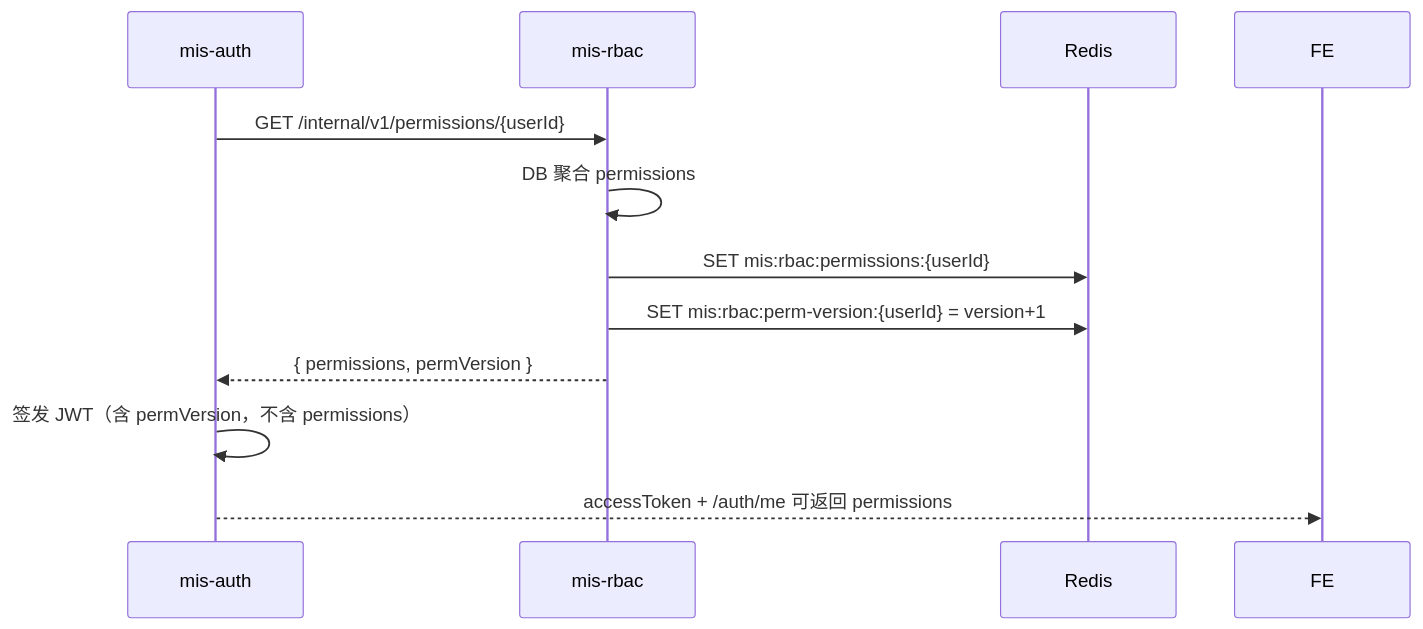
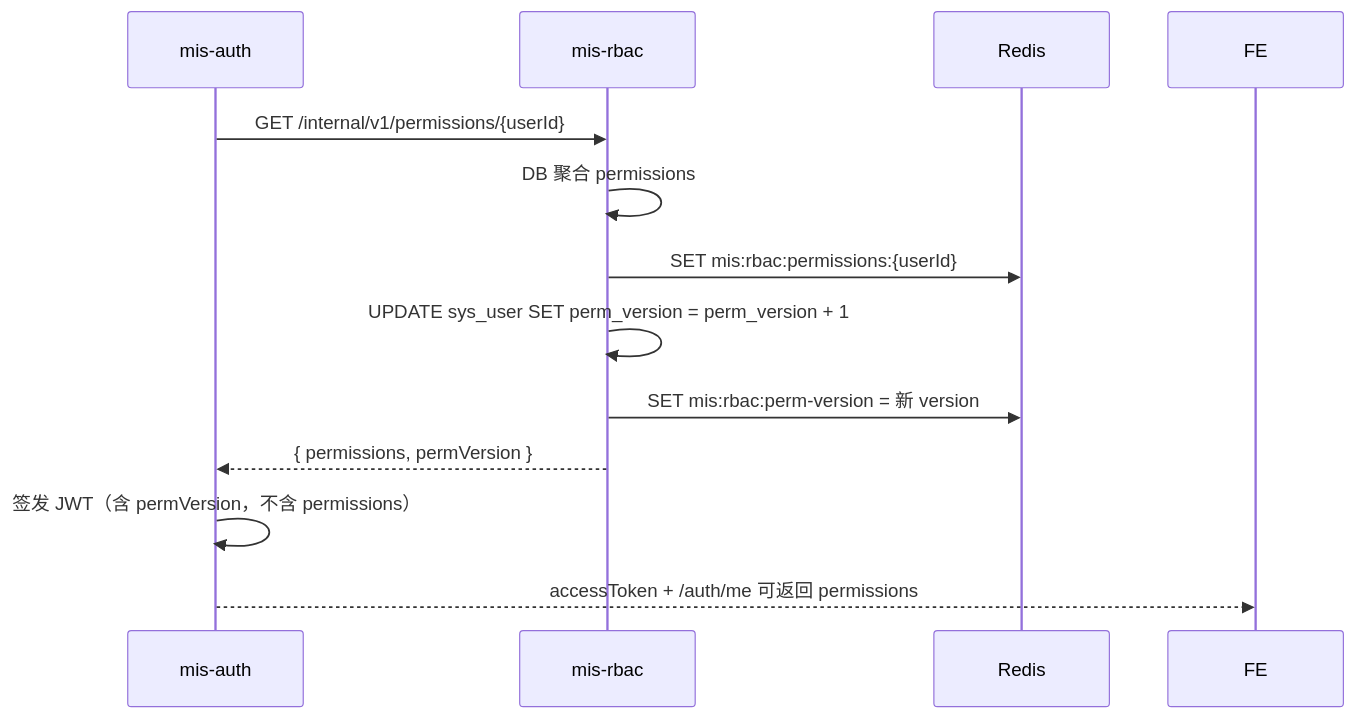
The first of 2 diagrams in docs/adr/ADR-009-permissions-in-redis-not-jwt.md (13961588612/mis-platform), drawn with Mermaid before and after one commit. The commit also changed other lines of this file and 23 other files, not shown here.

````diff
--- a/docs/adr/ADR-009-permissions-in-redis-not-jwt.md
+++ b/docs/adr/ADR-009-permissions-in-redis-not-jwt.md
@@ -43,14 +43,15 @@
 ```mermaid
 sequenceDiagram
     participant Auth as mis-auth
     participant RBAC as mis-rbac
     participant Redis as Redis
 
     Auth->>RBAC: GET /internal/v1/permissions/{userId}
     RBAC->>RBAC: DB 聚合 permissions
     RBAC->>Redis: SET mis:rbac:permissions:{userId}
-    RBAC->>Redis: SET mis:rbac:perm-version:{userId} = version+1
+    RBAC->>RBAC: UPDATE sys_user SET perm_version = perm_version + 1
+    RBAC->>Redis: SET mis:rbac:perm-version = 新 version
     RBAC-->>Auth: { permissions, permVersion }
     Auth->>Auth: 签发 JWT（含 permVersion，不含 permissions）
     Auth-->>FE: accessToken + /auth/me 可返回 permissions
 ```
````
